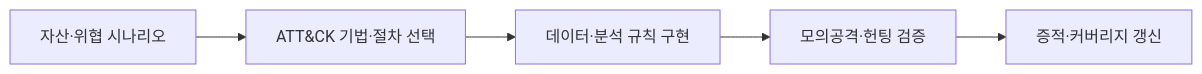
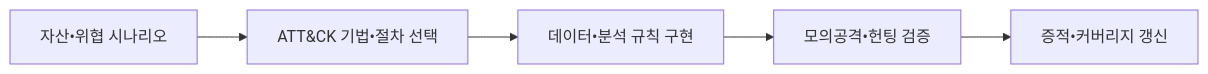
The second of 2 diagrams in src/content/docs/notes/05-security/029_mitre_attack.md (agnusdei1207/knowledge-base), drawn with Mermaid before and after one commit. The commit also changed other lines of this file and 953 other files, not shown here.

````diff
--- a/src/content/docs/notes/05-security/029_mitre_attack.md
+++ b/src/content/docs/notes/05-security/029_mitre_attack.md
@@ -104,7 +104,7 @@
 ```mermaid
 flowchart LR
-    A["자산·위협 시나리오"] --> B["ATT&CK 기법·절차 선택"]
-    B --> C["데이터·분석 규칙 구현"]
-    C --> D["모의공격·헌팅 검증"]
-    D --> E["증적·커버리지 갱신"]
+    A["자산•위협 시나리오"] --> B["ATT&CK 기법•절차 선택"]
+    B --> C["데이터•분석 규칙 구현"]
+    C --> D["모의공격•헌팅 검증"]
+    D --> E["증적•커버리지 갱신"]
 ```
````
